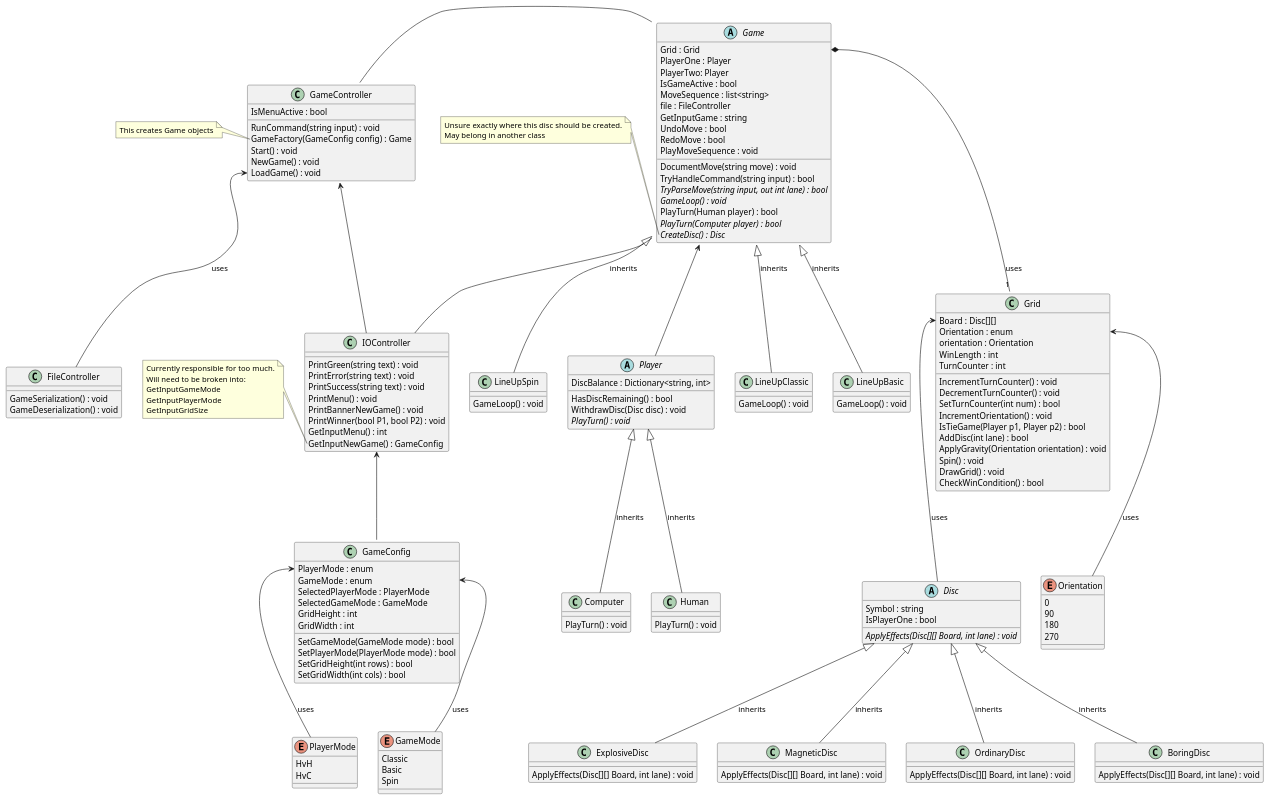
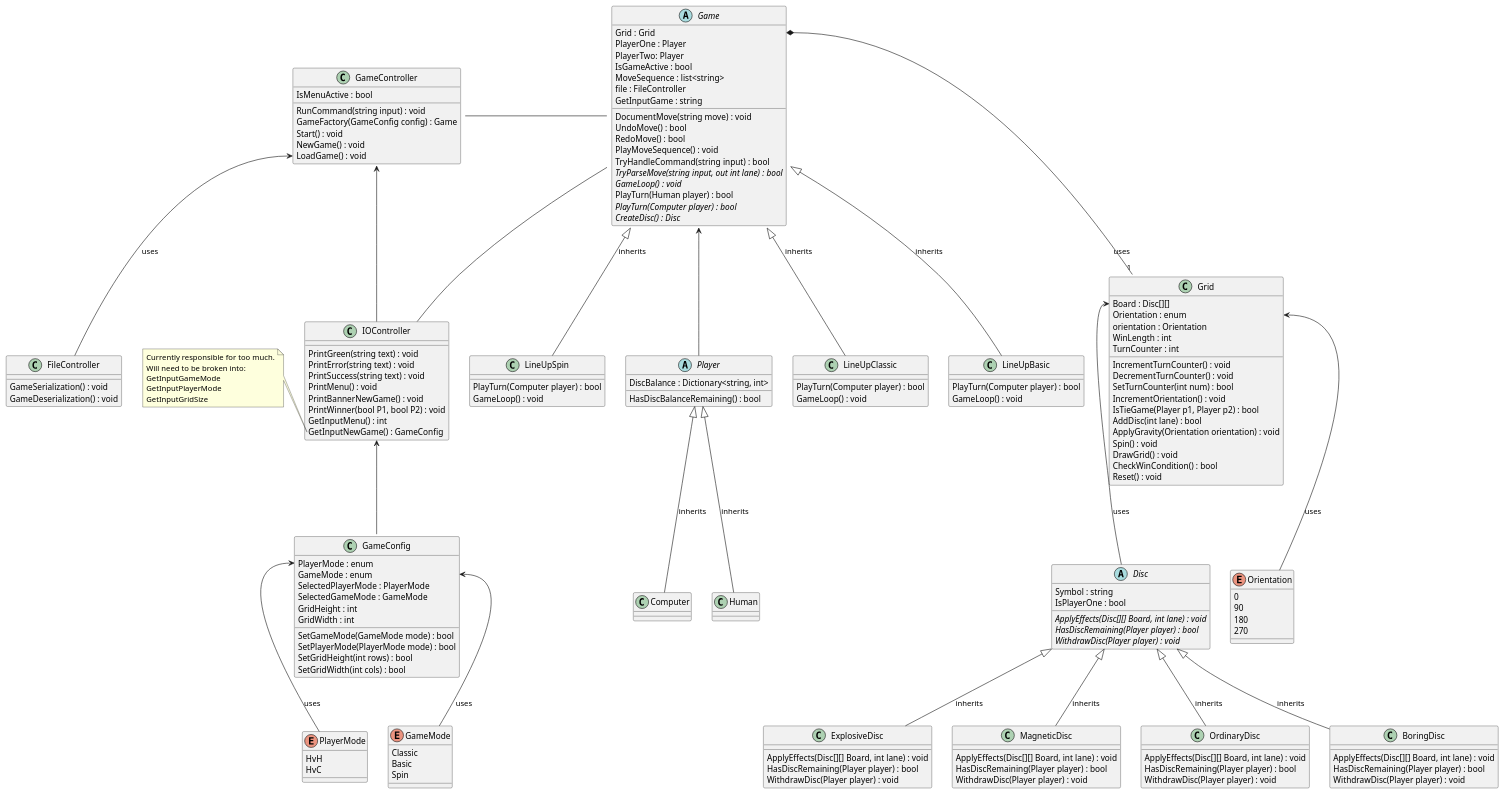
One commit to TacNap/IFN584_A2 changed the diagram in diagrams/diagram.puml. Above: the diagram before and after it, drawn with PlantUML. The commit also changed 3 other files, not shown here.

Commit message:
updated class diagram

```diff
--- a/diagrams/diagram.puml
+++ b/diagrams/diagram.puml
@@ -13,9 +13,6 @@
     NewGame() : void
     LoadGame() : void
 }
-note left of GameController::GameFactory
-    This creates Game objects
-end note
 
 ''' Game '''
 abstract class Game {
@@ -27,32 +24,30 @@
     file : FileController
     GetInputGame : string
     DocumentMove(string move) : void
-    UndoMove : bool
-    RedoMove : bool
-    PlayMoveSequence : void
+    UndoMove() : bool
+    RedoMove() : bool
+    PlayMoveSequence() : void
     TryHandleCommand(string input) : bool
     {abstract} TryParseMove(string input, out int lane) : bool
     {abstract} GameLoop() : void
     PlayTurn(Human player) : bool
     {abstract} PlayTurn(Computer player) : bool
     {abstract} CreateDisc() : Disc
-    ' May not need the above method
 }
-note left of Game::CreateDisc
-    Unsure exactly where this disc should be created.
-    May belong in another class
-end note
 
 ' Game Subclasses
 class LineUpClassic {
+    PlayTurn(Computer player) : bool
     GameLoop() : void
 }
 
 class LineUpBasic {
+    PlayTurn(Computer player) : bool
     GameLoop() : void
 }
 
 class LineUpSpin {
+    PlayTurn(Computer player) : bool
     GameLoop() : void
 }
 
@@ -73,6 +68,7 @@
     Spin() : void
     DrawGrid() : void
     CheckWinCondition() : bool
+    Reset() : void    
 
 }
 
@@ -88,38 +84,44 @@
     Symbol : string
     IsPlayerOne : bool
     {abstract} ApplyEffects(Disc[][] Board, int lane) : void
+    {abstract} HasDiscRemaining(Player player) : bool
+    {abstract} WithdrawDisc(Player player) : void
 }
 
 class OrdinaryDisc {
     ApplyEffects(Disc[][] Board, int lane) : void
+    HasDiscRemaining(Player player) : bool
+    WithdrawDisc(Player player) : void
 }
 
 class BoringDisc {
     ApplyEffects(Disc[][] Board, int lane) : void
+    HasDiscRemaining(Player player) : bool
+    WithdrawDisc(Player player) : void
 }
 
 class ExplosiveDisc {
     ApplyEffects(Disc[][] Board, int lane) : void
+    HasDiscRemaining(Player player) : bool
+    WithdrawDisc(Player player) : void
 }
 
 class MagneticDisc {
     ApplyEffects(Disc[][] Board, int lane) : void
+    HasDiscRemaining(Player player) : bool
+    WithdrawDisc(Player player) : void
 }
 
 ''' Player '''
 abstract class Player {
     DiscBalance : Dictionary<string, int>
-    HasDiscRemaining() : bool
-    WithdrawDisc(Disc disc) : void
-    {abstract} PlayTurn() : void
+    HasDiscBalanceRemaining() : bool
 }
 
 class Human {
-    PlayTurn() : void
 }
 
 class Computer {
-    PlayTurn() : void
 }
 
 ''' IOController '''
```
